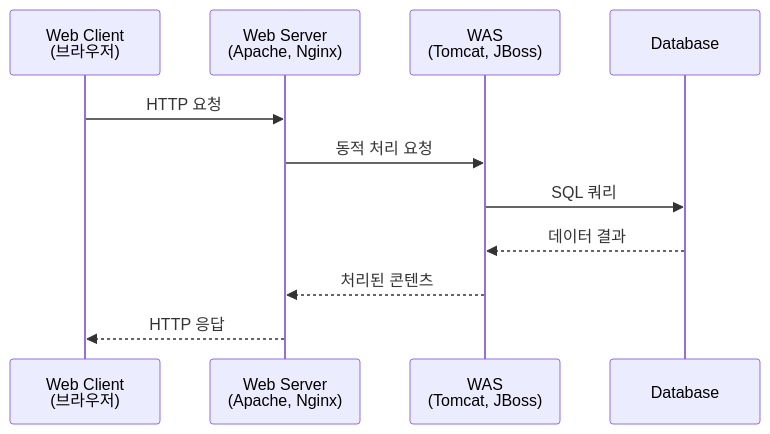
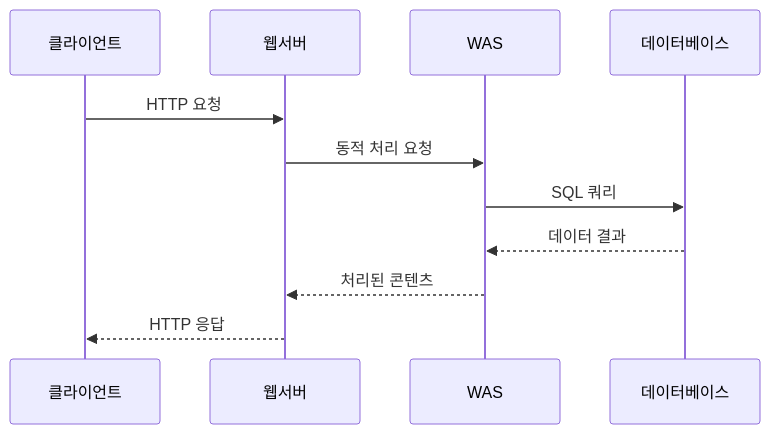
The first of 2 diagrams in detail2/01) 웹 서비스 구조와 운영체제 기술.md (ZinnaChoi/CS-Study), drawn with Mermaid before and after one commit. The commit also changed other lines of this file, not shown here.

````diff
--- a/detail2/01) 웹 서비스 구조와 운영체제 기술.md
+++ b/detail2/01) 웹 서비스 구조와 운영체제 기술.md
@@ -15,14 +27,14 @@
 ```mermaid
 sequenceDiagram
-    participant Client as Web Client<br/>(브라우저)
-    participant WebServer as Web Server<br/>(Apache, Nginx)
-    participant WAS as WAS<br/>(Tomcat, JBoss)
-    participant DB as Database
+    participant Client as 클라이언트
+    participant WebServer as 웹서버
+    participant WAS as WAS
+    participant DB as 데이터베이스
 
     Client->>WebServer: HTTP 요청
     WebServer->>WAS: 동적 처리 요청
     WAS->>DB: SQL 쿼리
     DB-->>WAS: 데이터 결과
     WAS-->>WebServer: 처리된 콘텐츠
     WebServer-->>Client: HTTP 응답
 ```
````
